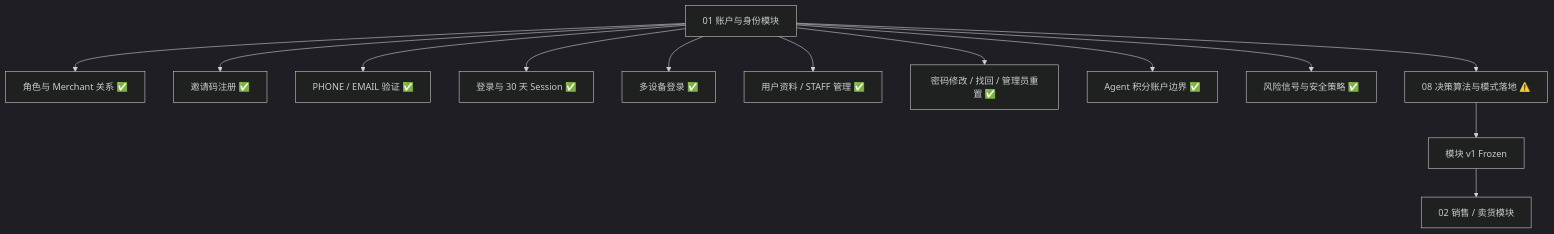
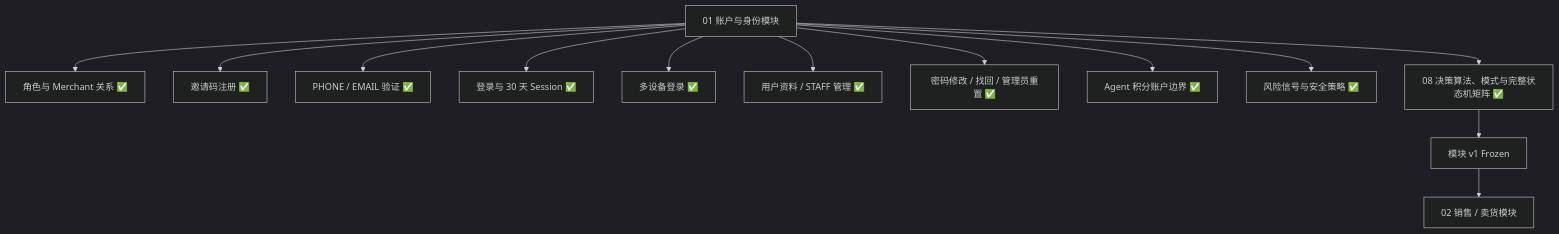
Diagram 16 of 17 in docs/system-design/系统详细设计总览.md (sxyq/mastergoods), drawn with Mermaid (dark theme) before and after one commit. The commit also changed other lines of this file and 10 other files, not shown here.

````diff
--- a/docs/system-design/系统详细设计总览.md
+++ b/docs/system-design/系统详细设计总览.md
@@ -663,18 +663,18 @@
 ```mermaid
 flowchart TD
     A[01 账户与身份模块]
 
     A --> A1[角色与 Merchant 关系 ✅]
     A --> A2[邀请码注册 ✅]
     A --> A3[PHONE / EMAIL 验证 ✅]
     A --> A4[登录与 30 天 Session ✅]
     A --> A5[多设备登录 ✅]
     A --> A6[用户资料 / STAFF 管理 ✅]
     A --> A7[密码修改 / 找回 / 管理员重置 ✅]
     A --> A8[Agent 积分账户边界 ✅]
     A --> A9[风险信号与安全策略 ✅]
 
-    A --> B[08 决策算法与模式落地 ⚠️]
+    A --> B[08 决策算法、模式与完整状态机矩阵 ✅]
     B --> C[模块 v1 Frozen]
     C --> D[02 销售 / 卖货模块]
 ```
````
